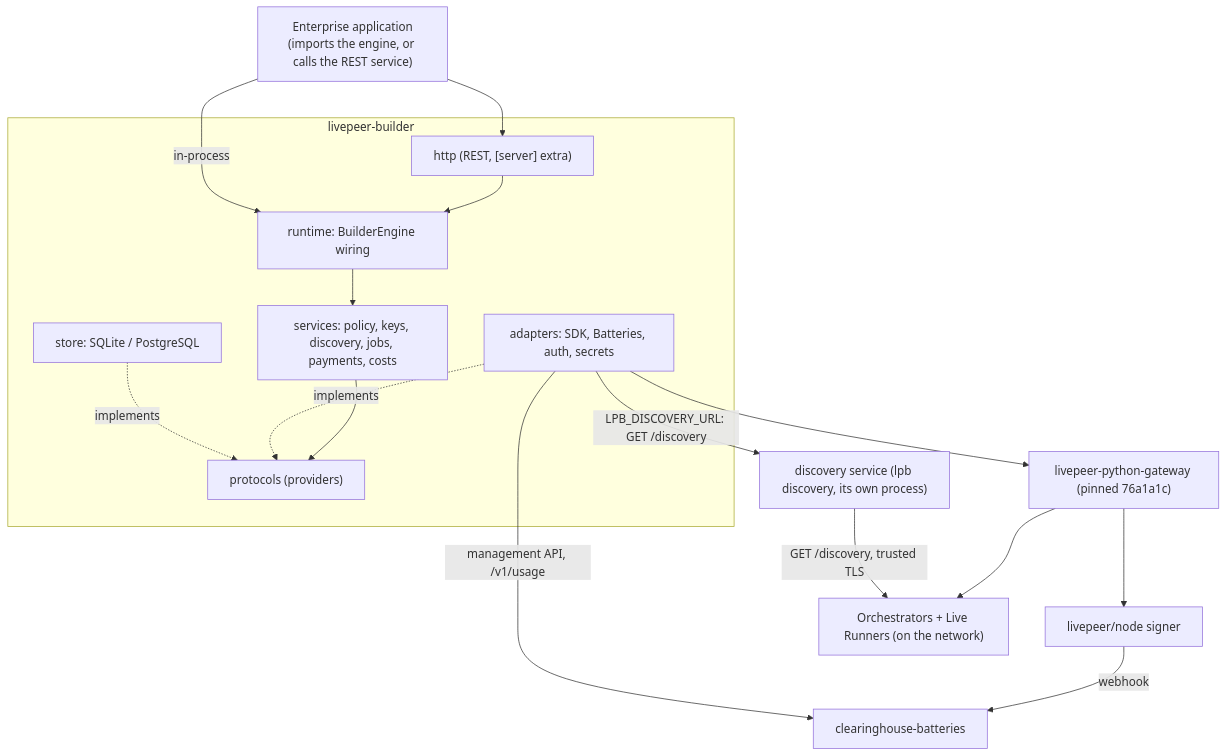
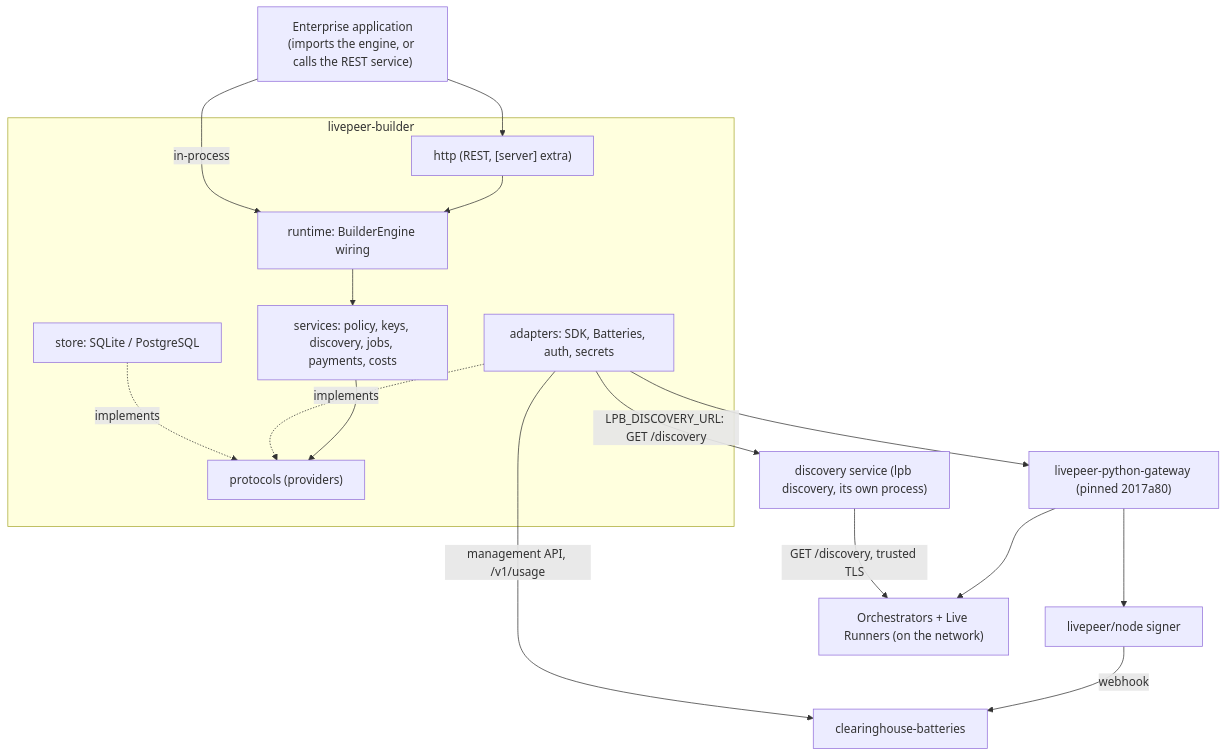
Before and after one commit to NE-Build-Track/livepeer-builder-core: the diagram in ARCHITECTURE.md, drawn with Mermaid. The commit also changed 11 other files, not shown here.

First line of the commit message:
chore(sdk): pin livepeer-gateway to upstream main 2017a80

````diff
--- a/ARCHITECTURE.md
+++ b/ARCHITECTURE.md
@@ -7,26 +7,26 @@
 ```mermaid
 flowchart TB
     App["Enterprise application<br/>(imports the engine, or calls the REST service)"]
     subgraph Engine["livepeer-builder"]
         HTTP["http (REST, [server] extra)"]
         RT["runtime: BuilderEngine wiring"]
         SVC["services: policy, keys, discovery, jobs, payments, costs"]
         PROV["protocols (providers)"]
         AD["adapters: SDK, Batteries, auth, secrets"]
         ST["store: SQLite / PostgreSQL"]
     end
     Disc["discovery service (lpb discovery, its own process)"]
-    SDK["livepeer-python-gateway (pinned 76a1a1c)"]
+    SDK["livepeer-python-gateway (pinned 2017a80)"]
     Signer["livepeer/node signer"]
     Bat["clearinghouse-batteries"]
     Orch["Orchestrators + Live Runners (on the network)"]
     App --> HTTP --> RT
     App -->|"in-process"| RT
     RT --> SVC --> PROV
     AD -.implements.-> PROV
     ST -.implements.-> PROV
     AD --> SDK --> Signer -->|"webhook"| Bat
     SDK --> Orch
     AD -->|"LPB_DISCOVERY_URL: GET /discovery"| Disc -->|"GET /discovery, trusted TLS"| Orch
     AD -->|"management API, /v1/usage"| Bat
 ```
````
